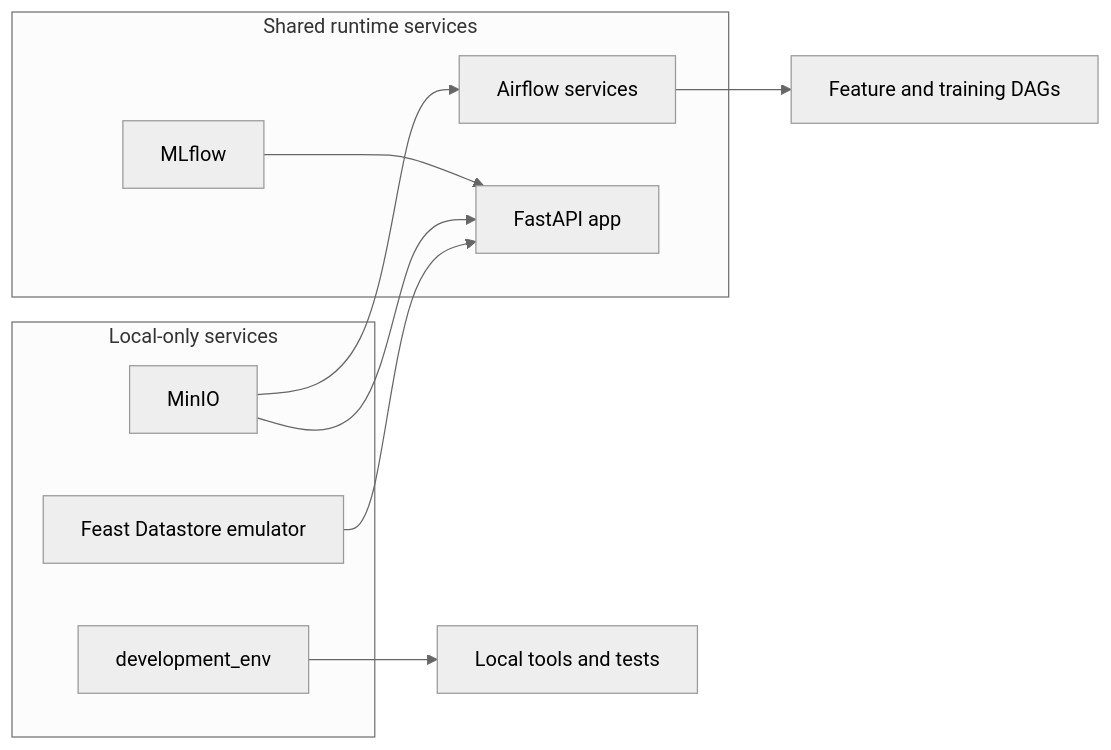
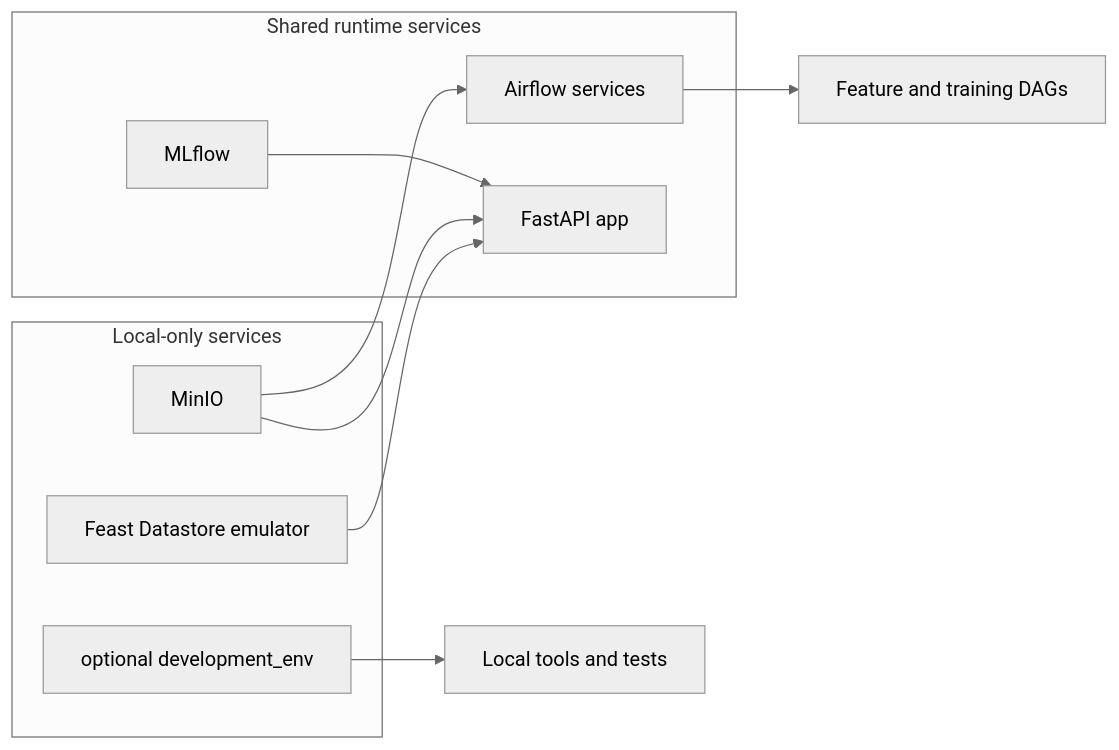
The diagram in containers/README.md (javihslu/foehncast), drawn with Mermaid (neutral theme) before and after one commit. The commit also changed other lines of this file and 27 other files, not shown here.

````diff
--- a/containers/README.md
+++ b/containers/README.md
@@ -7,19 +7,19 @@
 ```mermaid
 flowchart LR
 	subgraph Shared[Shared runtime services]
 		Airflow[Airflow services]
 		MLflow[MLflow]
 		API[FastAPI app]
 	end
 	subgraph LocalOnly[Local-only services]
-		Dev[development_env]
+		Dev[optional development_env]
 		Objectstore[MinIO]
 		Emulator[Feast Datastore emulator]
 	end
 	Airflow --> Feature[Feature and training DAGs]
 	MLflow --> API
 	Objectstore --> Airflow
 	Objectstore --> API
 	Emulator --> API
 	Dev --> Tests[Local tools and tests]
 ```
````
